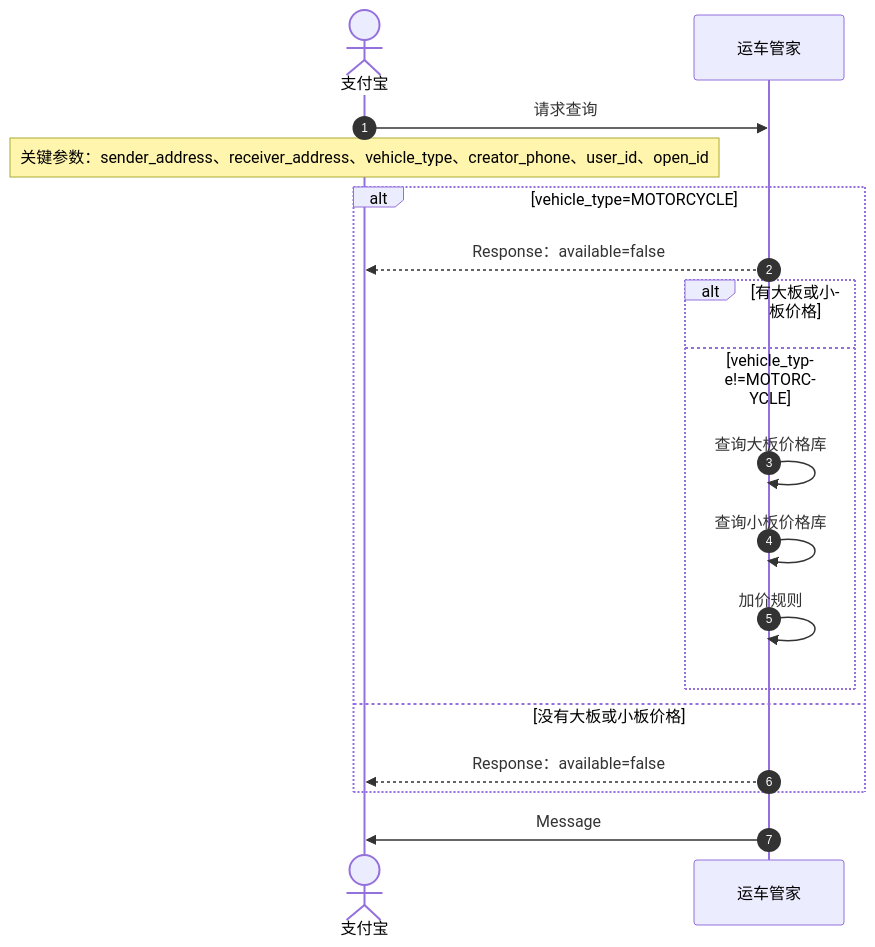
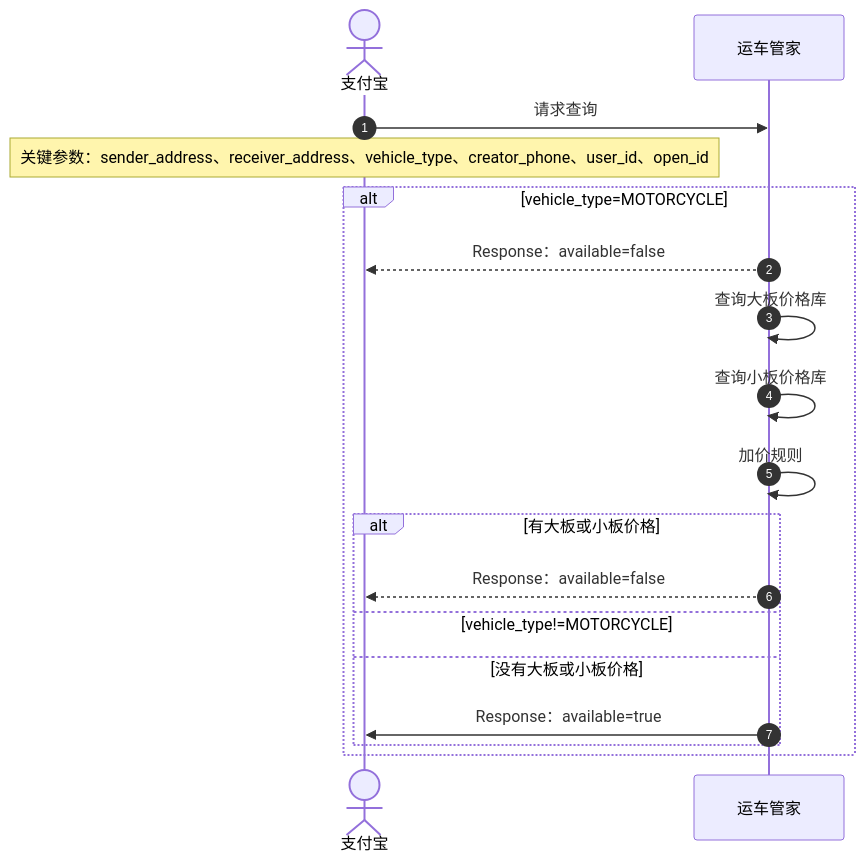
One commit to pingpm/mermaid_vault changed the diagram in notes/运价查询接口_b66f33fe-f22a-4010-b0a8-42139f03c121.md. Above: the diagram before and after it, drawn with Mermaid. The commit also changed 3 other files, not shown here.

Commit message:
Sync Mermaid Studio data (17 diagrams)

````diff
--- a/notes/运价查询接口_b66f33fe-f22a-4010-b0a8-42139f03c121.md
+++ b/notes/运价查询接口_b66f33fe-f22a-4010-b0a8-42139f03c121.md
@@ -3,21 +3,21 @@
 ```mermaid
 sequenceDiagram
   autonumber
   actor p0 as 支付宝
   participant p1 as 运车管家
   p0->>p1: 请求查询
   Note over p0: 关键参数：sender_address、receiver_address、vehicle_type、creator_phone、user_id、open_id
   alt vehicle_type=MOTORCYCLE
   p1-->>p0: Response：available=false
-  alt 有大板或小板价格
-  else vehicle_type!=MOTORCYCLE
   p1->>p1: 查询大板价格库
   p1->>p1: 查询小板价格库
   p1->>p1: 加价规则
+  alt 有大板或小板价格
+  p1-->>p0: Response：available=false
+  else vehicle_type!=MOTORCYCLE
+  else 没有大板或小板价格
+  p1->>p0: Response：available=true
   end
-  else 没有大板或小板价格
-  p1-->>p0: Response：available=false
   end
-  p1->>p0: Message
 
 ```
````
